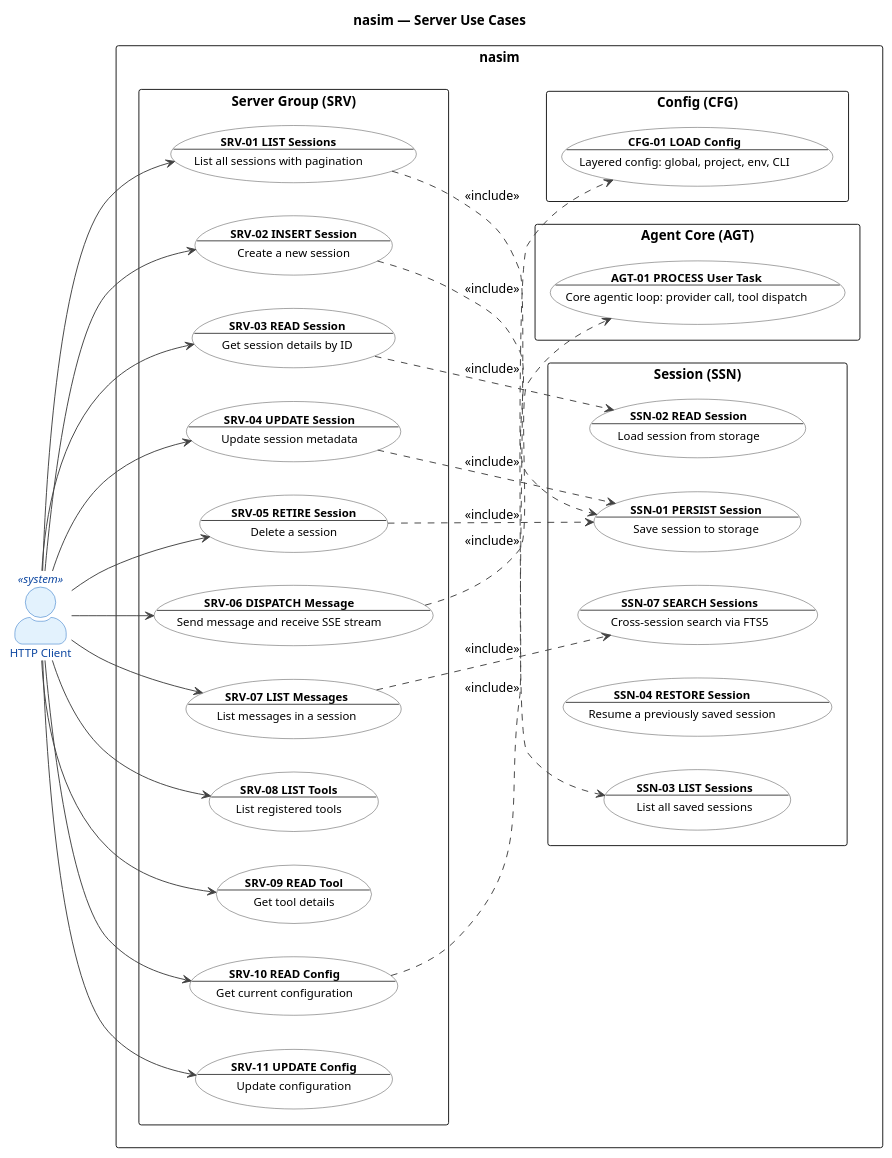
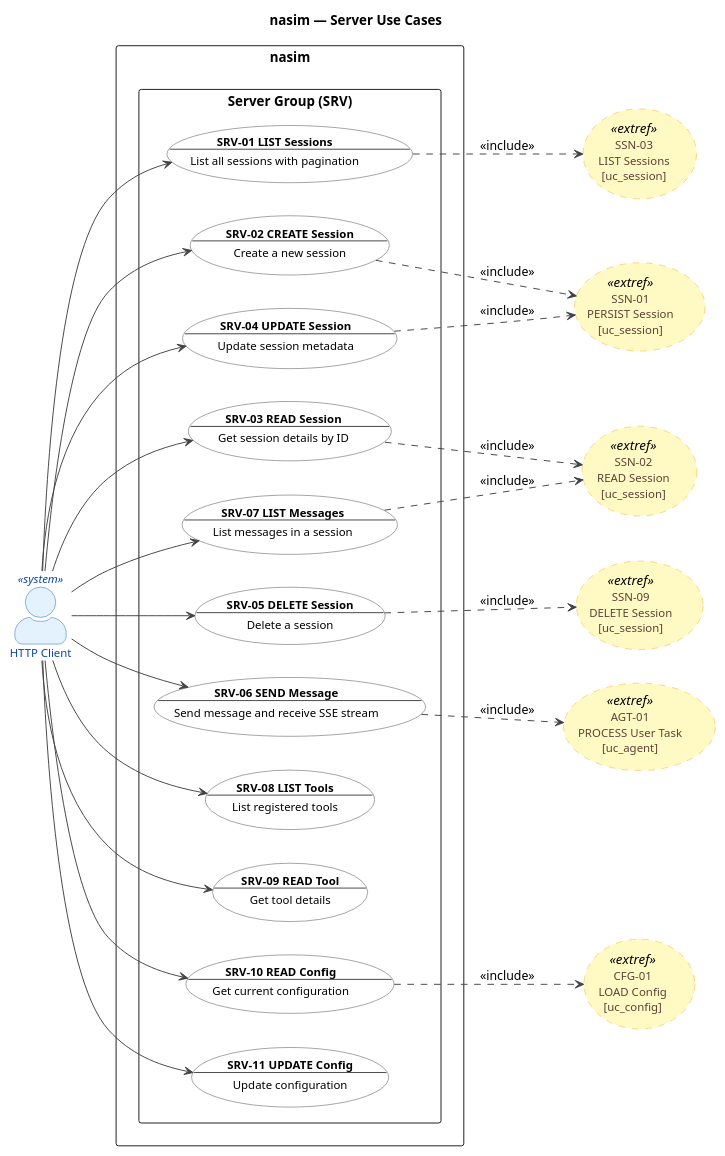
The second of 22 diagrams in UC.md (salimnamvar/nasim), drawn with PlantUML before and after one commit. The commit also changed other lines of this file and 5 other files, not shown here.

First line of the commit message:
docs: Refactor state machine and use case diagrams for clarity and consistency

```diff
--- a/UC.md
+++ b/UC.md
@@ -260,7 +261,7 @@
 ' Boundary:  nasim code agent
 ' Purpose:   RESTful API + SSE streaming for web/mobile/desktop clients
 ' Milestone: v1.0
-' Version:   6.0.0
+' Version:   7.0.0
 ' Source:    docs/ENTITIES.md
 ' Review:    docs/audit/audit.2026.06.20.uc-layer.car.md
 ' ============================================================
@@ -293,11 +294,31 @@
   FontColor #0D47A1
 }
 
+skinparam usecase<<extref>> {
+  BackgroundColor #FFF9C4
+  BorderColor #F9A825
+  FontColor #5D4037
+  BorderStyle dashed
+}
+
 ' ============================================================
 ' Actors
 ' ============================================================
 
 actor "HTTP Client" as HTTPClient <<system>>
+
+' ============================================================
+' Cross-Group External References
+' ============================================================
+
+usecase "SSN-01\nPERSIST Session\n[uc_session]" as SSN01_ext <<extref>>
+usecase "SSN-02\nREAD Session\n[uc_session]" as SSN02_ext <<extref>>
+usecase "SSN-03\nLIST Sessions\n[uc_session]" as SSN03_ext <<extref>>
+usecase "SSN-09\nDELETE Session\n[uc_session]" as SSN09_ext <<extref>>
+
+usecase "AGT-01\nPROCESS User Task\n[uc_agent]" as AGT01_ext <<extref>>
+
+usecase "CFG-01\nLOAD Config\n[uc_config]" as CFG01_ext <<extref>>
 
 ' ============================================================
 ' System Boundary
@@ -306,32 +327,16 @@
 rectangle "nasim" {
   package "Server Group (SRV)" {
     usecase "**SRV-01 LIST Sessions**\n--\nList all sessions with pagination" as SRV01
-    usecase "**SRV-02 INSERT Session**\n--\nCreate a new session" as SRV02
+    usecase "**SRV-02 CREATE Session**\n--\nCreate a new session" as SRV02
     usecase "**SRV-03 READ Session**\n--\nGet session details by ID" as SRV03
     usecase "**SRV-04 UPDATE Session**\n--\nUpdate session metadata" as SRV04
-    usecase "**SRV-05 RETIRE Session**\n--\nDelete a session" as SRV05
-    usecase "**SRV-06 DISPATCH Message**\n--\nSend message and receive SSE stream" as SRV06
+    usecase "**SRV-05 DELETE Session**\n--\nDelete a session" as SRV05
+    usecase "**SRV-06 SEND Message**\n--\nSend message and receive SSE stream" as SRV06
     usecase "**SRV-07 LIST Messages**\n--\nList messages in a session" as SRV07
     usecase "**SRV-08 LIST Tools**\n--\nList registered tools" as SRV08
     usecase "**SRV-09 READ Tool**\n--\nGet tool details" as SRV09
     usecase "**SRV-10 READ Config**\n--\nGet current configuration" as SRV10
     usecase "**SRV-11 UPDATE Config**\n--\nUpdate configuration" as SRV11
-  }
-
-  package "Session (SSN)" {
-    usecase "**SSN-01 PERSIST Session**\n--\nSave session to storage" as SSN01
-    usecase "**SSN-02 READ Session**\n--\nLoad session from storage" as SSN02
-    usecase "**SSN-03 LIST Sessions**\n--\nList all saved sessions" as SSN03
-    usecase "**SSN-04 RESTORE Session**\n--\nResume a previously saved session" as SSN04
-    usecase "**SSN-07 SEARCH Sessions**\n--\nCross-session search via FTS5" as SSN07
-  }
-
-  package "Agent Core (AGT)" {
-    usecase "**AGT-01 PROCESS User Task**\n--\nCore agentic loop: provider call, tool dispatch" as AGT01
-  }
-
-  package "Config (CFG)" {
-    usecase "**CFG-01 LOAD Config**\n--\nLayered config: global, project, env, CLI" as CFG01
   }
 }
 
@@ -352,16 +357,16 @@
 HTTPClient --> SRV11
 
 ' ============================================================
-' Relationships (Boundary -> Internal UC traceability)
+' Relationships (Boundary -> External UC traceability)
 ' ============================================================
 
-SRV01 ..> SSN03 : <<include>>
-SRV02 ..> SSN01 : <<include>>
-SRV03 ..> SSN02 : <<include>>
-SRV04 ..> SSN01 : <<include>>
-SRV05 ..> SSN01 : <<include>>
-SRV06 ..> AGT01 : <<include>>
-SRV07 ..> SSN07 : <<include>>
-SRV10 ..> CFG01 : <<include>>
+SRV01 ..> SSN03_ext : <<include>>
+SRV02 ..> SSN01_ext : <<include>>
+SRV03 ..> SSN02_ext : <<include>>
+SRV04 ..> SSN01_ext : <<include>>
+SRV05 ..> SSN09_ext : <<include>>
+SRV06 ..> AGT01_ext : <<include>>
+SRV07 ..> SSN02_ext : <<include>>
+SRV10 ..> CFG01_ext : <<include>>
 
 @enduml
```
